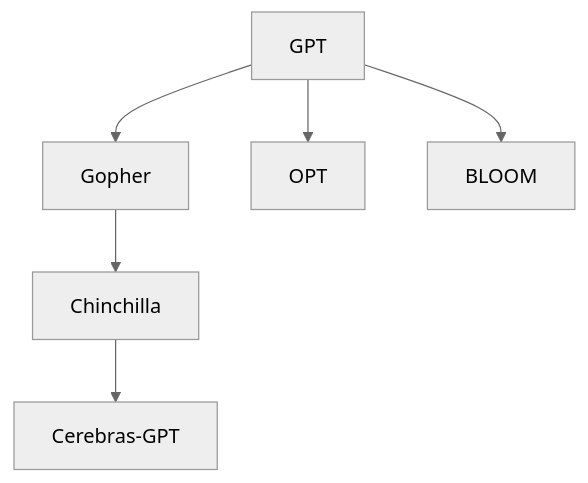
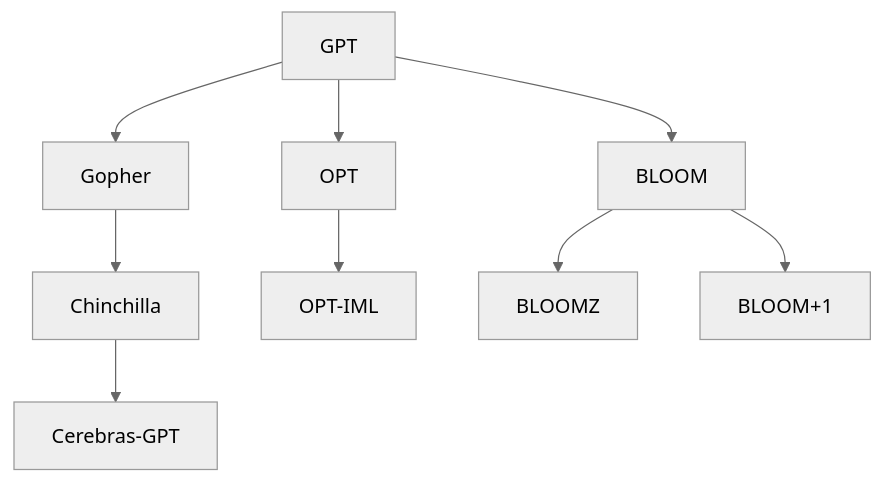
Before and after one commit to ted-sharp/chatvox: diagram 11 of 13 in doc/llm.md, drawn with Mermaid (neutral theme). The commit also changed other lines of this file, not shown here.

````diff
--- a/doc/llm.md
+++ b/doc/llm.md
@@ -381,7 +421,8 @@
 ```mermaid
 flowchart
 
 GPT --> Gopher --> Chinchilla --> Cerebras-GPT
-GPT --> OPT
-GPT --> BLOOM
+GPT --> OPT --> OPT-IML
+GPT --> BLOOM --> BLOOMZ
+BLOOM --> BLOOM+1
 ```
````
